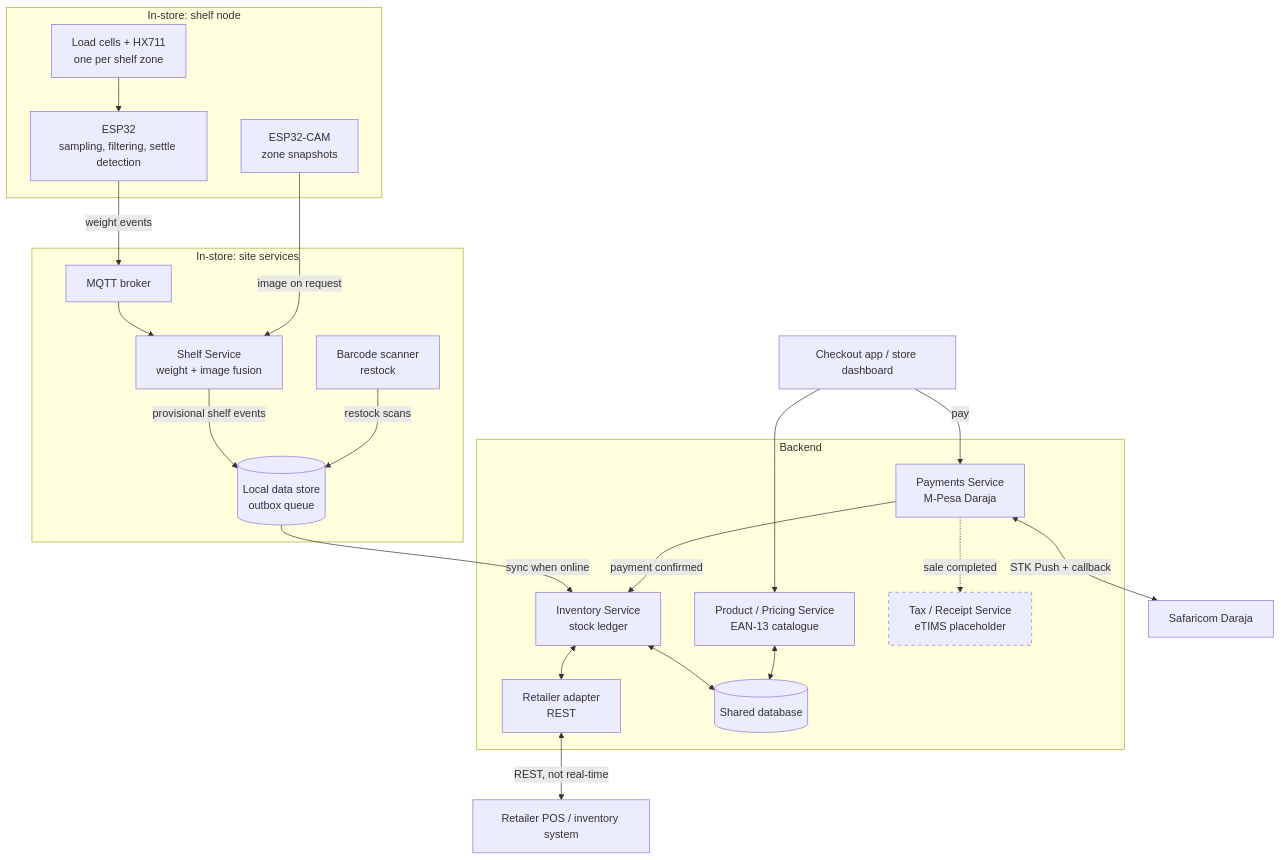
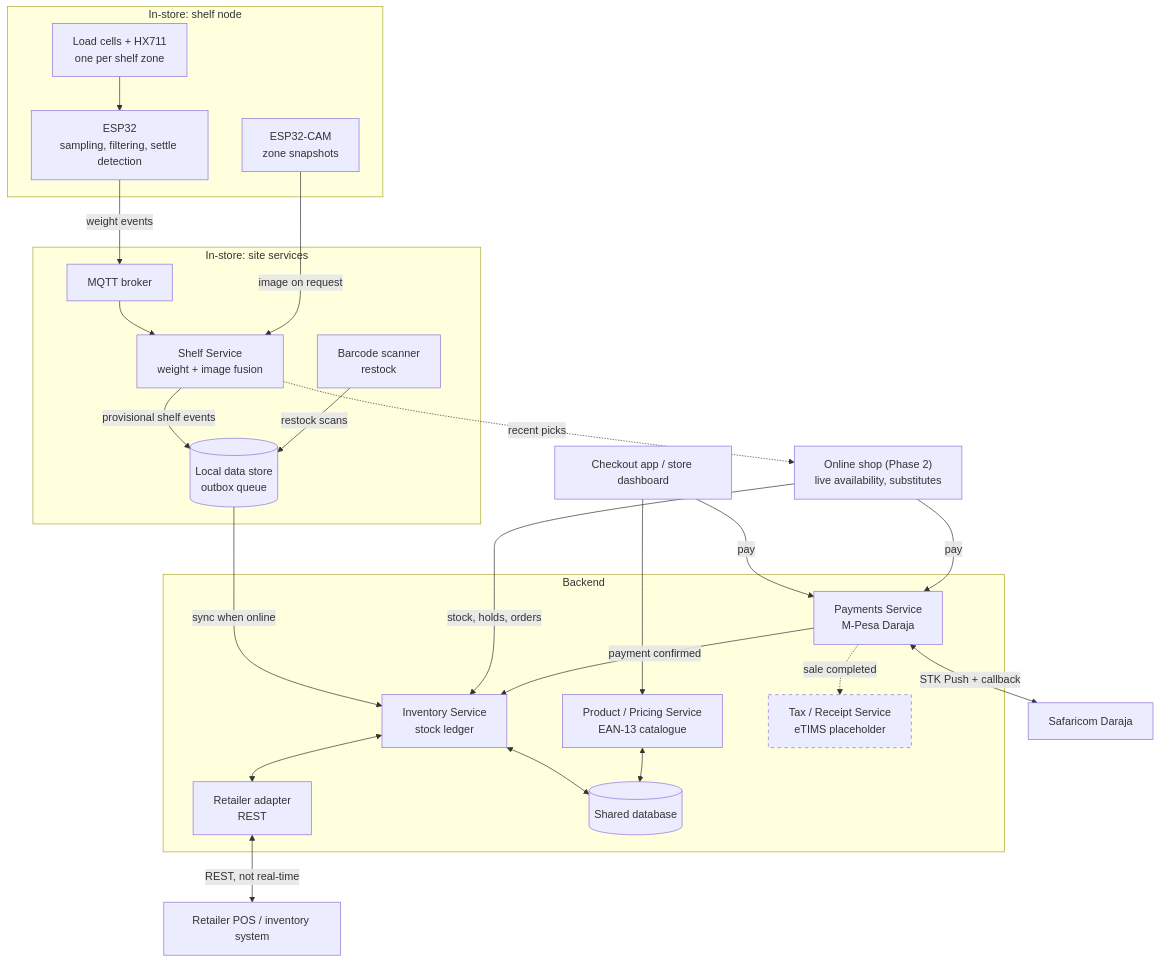
One commit to ako5117/smart_shopping changed the first of 3 diagrams in docs/architecture.md. Above: the diagram before and after it, drawn with Mermaid. The commit also changed 8 other files, not shown here.

First line of the commit message:
Run the online shop in the stack and the demo

````diff
--- a/docs/architecture.md
+++ b/docs/architecture.md
@@ -5,47 +5,51 @@
 ```mermaid
 graph TD
     subgraph Shelf["In-store: shelf node"]
         LC["Load cells + HX711<br/>one per shelf zone"]
         ESP["ESP32<br/>sampling, filtering, settle detection"]
         CAM["ESP32-CAM<br/>zone snapshots"]
         LC --> ESP
     end
 
     subgraph Site["In-store: site services"]
         MQ["MQTT broker"]
         SS["Shelf Service<br/>weight + image fusion"]
         LS[("Local data store<br/>outbox queue")]
         BR["Barcode scanner<br/>restock"]
     end
 
     subgraph Cloud["Backend"]
         INV["Inventory Service<br/>stock ledger"]
         PP["Product / Pricing Service<br/>EAN-13 catalogue"]
         PAY["Payments Service<br/>M-Pesa Daraja"]
         TAX["Tax / Receipt Service<br/>eTIMS placeholder"]
         ADP["Retailer adapter<br/>REST"]
         DB[("Shared database")]
     end
 
     POS["Retailer POS / inventory system"]
     APP["Checkout app / store dashboard"]
+    WEB["Online shop (Phase 2)<br/>live availability, substitutes"]
     DAR["Safaricom Daraja"]
 
     ESP -->|weight events| MQ
     MQ --> SS
     CAM -->|image on request| SS
     SS -->|provisional shelf events| LS
     BR -->|restock scans| LS
     LS -->|sync when online| INV
     INV <--> DB
     PP <--> DB
     APP --> PP
     APP -->|pay| PAY
+    WEB -->|stock, holds, orders| INV
+    SS -.->|recent picks| WEB
+    WEB -->|pay| PAY
     PAY <-->|STK Push + callback| DAR
     PAY -->|payment confirmed| INV
     PAY -.->|sale completed| TAX
     INV <--> ADP
     ADP <-->|REST, not real-time| POS
 
     style TAX stroke-dasharray: 5 5
 ```
````
